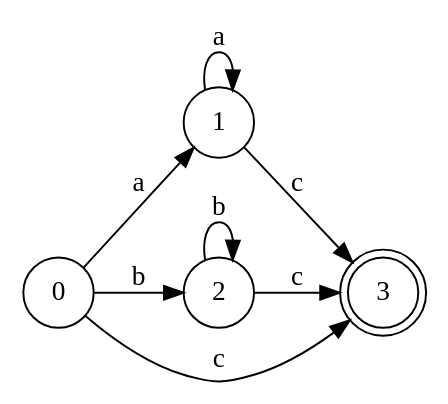
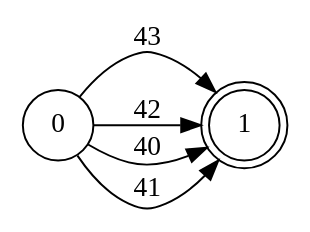
The diagram in AFD Directo.gv (JoseGon20335/labC-lenguajes), drawn with Graphviz before and after one commit. The commit also changed 23 other files, not shown here.

```diff
--- a/AFD Directo.gv
+++ b/AFD Directo.gv
@@ -1,15 +1,10 @@
 // resultado
 digraph "AFD Directo" {
 	graph [rankdir=LR]
-	2522126351856 [label=0 shape=circle]
-	2522126351568 [label=1 shape=circle]
-	2522126528240 [label=2 shape=circle]
-	2522126526704 [label=3 shape=doublecircle]
-	2522126351856 -> 2522126351568 [label=a]
-	2522126351856 -> 2522126528240 [label=b]
-	2522126351856 -> 2522126526704 [label=c]
-	2522126351568 -> 2522126351568 [label=a]
-	2522126351568 -> 2522126526704 [label=c]
-	2522126528240 -> 2522126528240 [label=b]
-	2522126528240 -> 2522126526704 [label=c]
+	1802356986384 [label=0 shape=circle]
+	1802356986624 [label=1 shape=doublecircle]
+	1802356986384 -> 1802356986624 [label=43]
+	1802356986384 -> 1802356986624 [label=42]
+	1802356986384 -> 1802356986624 [label=40]
+	1802356986384 -> 1802356986624 [label=41]
 }
```
